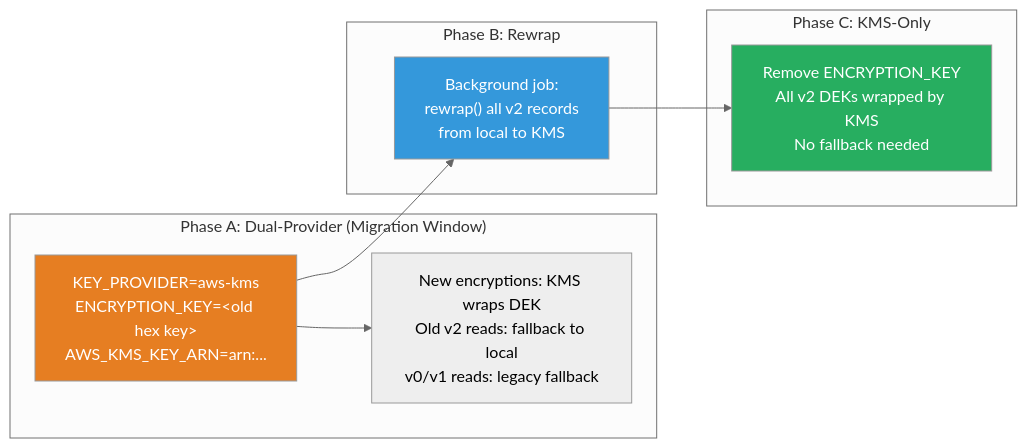
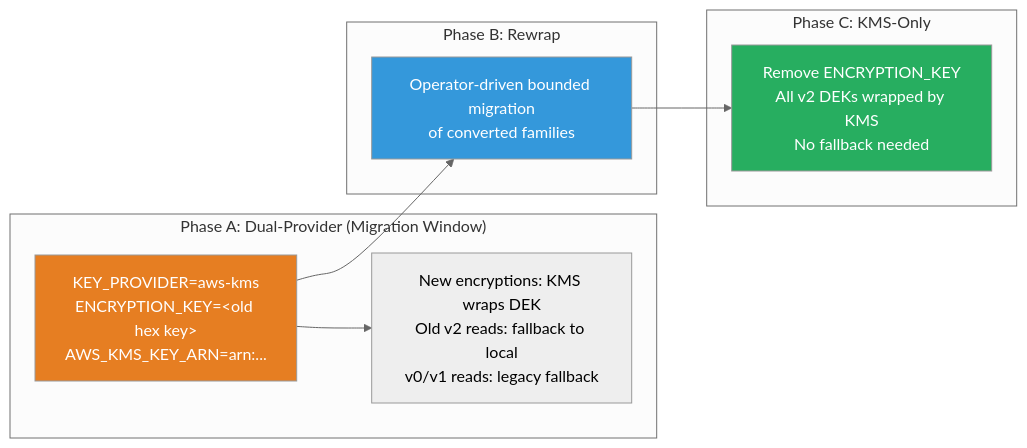
Before and after one commit to ChronoAIProject/NyxID: the diagram in docs/KMS_MIGRATION_GUIDE.md, drawn with Mermaid (neutral theme). The commit also changed other lines of this file and 24 other files, not shown here.

````diff
--- a/docs/KMS_MIGRATION_GUIDE.md
+++ b/docs/KMS_MIGRATION_GUIDE.md
@@ -46,21 +48,21 @@
 ```mermaid
 flowchart LR
     subgraph "Phase A: Dual-Provider (Migration Window)"
         A1["KEY_PROVIDER=aws-kms<br/>ENCRYPTION_KEY=&lt;old hex key&gt;<br/>AWS_KMS_KEY_ARN=arn:..."]
         A1 --> A2["New encryptions: KMS wraps DEK<br/>Old v2 reads: fallback to local<br/>v0/v1 reads: legacy fallback"]
     end
 
     subgraph "Phase B: Rewrap"
-        B1["Background job:<br/>rewrap() all v2 records<br/>from local to KMS"]
+        B1["Operator-driven bounded migration<br/>of converted families"]
     end
 
     subgraph "Phase C: KMS-Only"
         C1["Remove ENCRYPTION_KEY<br/>All v2 DEKs wrapped by KMS<br/>No fallback needed"]
     end
 
     A1 --> B1 --> C1
 
     style A1 fill:#e67e22,color:#fff
     style B1 fill:#3498db,color:#fff
     style C1 fill:#27ae60,color:#fff
 ```
````
